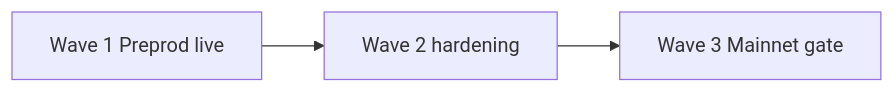
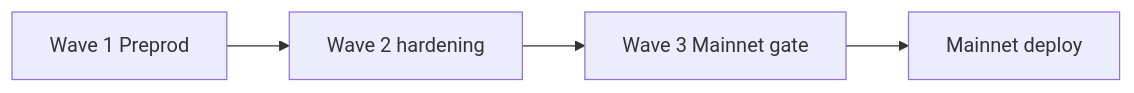
The ninth of 9 diagrams in README.md (mohamedwael201193/REMIT), drawn with Mermaid before and after one commit. The commit also changed other lines of this file and 8 other files, not shown here.

````diff
--- a/README.md
+++ b/README.md
@@ -526,5 +535,6 @@
 ```mermaid
 flowchart LR
-  W1[Wave 1 Preprod live] --> W2[Wave 2 hardening]
+  W1[Wave 1 Preprod] --> W2[Wave 2 hardening]
   W2 --> W3[Wave 3 Mainnet gate]
+  W3 --> MN[Mainnet deploy]
 ```
````
